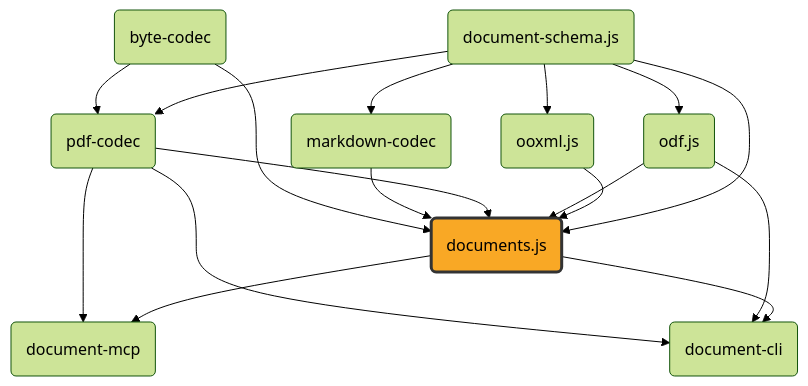
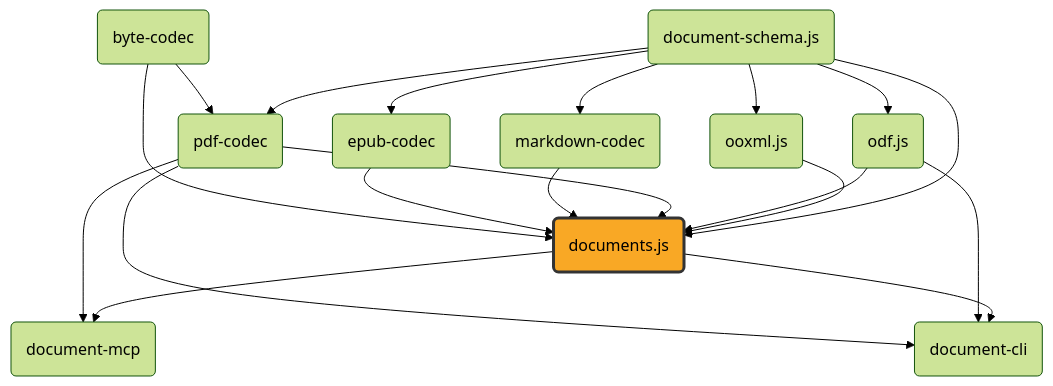
The diagram in packages/documents.js/README.md (ExaDev/documents.js), drawn with Mermaid (forest theme) before and after one commit. The commit also changed other lines of this file and 18 other files, not shown here.

First line of the commit message:
feat(documents.js): wire epub into the conversion engine

````diff
--- a/packages/documents.js/README.md
+++ b/packages/documents.js/README.md
@@ -9,41 +9,45 @@
 ```mermaid
 graph TD
     schema("document-schema.js")
     ooxml("ooxml.js")
     odf("odf.js")
     pdfcodec("pdf-codec")
     mdcodec("markdown-codec")
+    epubcodec("epub-codec")
     bytecodec("byte-codec")
     documents("documents.js")
     mcp("document-mcp")
     cli("document-cli")
 
     schema --> ooxml
     schema --> odf
     schema --> pdfcodec
     schema --> mdcodec
+    schema --> epubcodec
     schema --> documents
     ooxml --> documents
     odf --> documents
     pdfcodec --> documents
     mdcodec --> documents
+    epubcodec --> documents
     bytecodec --> pdfcodec
     bytecodec --> documents
     documents --> mcp
     pdfcodec --> mcp
     documents --> cli
     odf --> cli
     pdfcodec --> cli
 
     click schema "https://github.com/ExaDev/documents.js/tree/main/packages/document-schema.js" "document-schema.js"
     click ooxml "https://github.com/ExaDev/documents.js/tree/main/packages/ooxml.js" "ooxml.js"
     click odf "https://github.com/ExaDev/documents.js/tree/main/packages/odf.js" "odf.js"
     click pdfcodec "https://github.com/ExaDev/documents.js/tree/main/packages/pdf-codec" "pdf-codec"
     click mdcodec "https://github.com/ExaDev/documents.js/tree/main/packages/markdown-codec" "markdown-codec"
+    click epubcodec "https://github.com/ExaDev/documents.js/tree/main/packages/epub-codec" "epub-codec"
     click bytecodec "https://github.com/ExaDev/documents.js/tree/main/packages/byte-codec" "byte-codec"
     click documents "https://github.com/ExaDev/documents.js" "documents.js"
     click mcp "https://github.com/ExaDev/documents.js/tree/main/packages/document-mcp" "document-mcp"
     click cli "https://github.com/ExaDev/documents.js/tree/main/packages/document-cli" "document-cli"
 
     style documents fill:#f9a825,stroke:#333,stroke-width:3px
 ```
````
